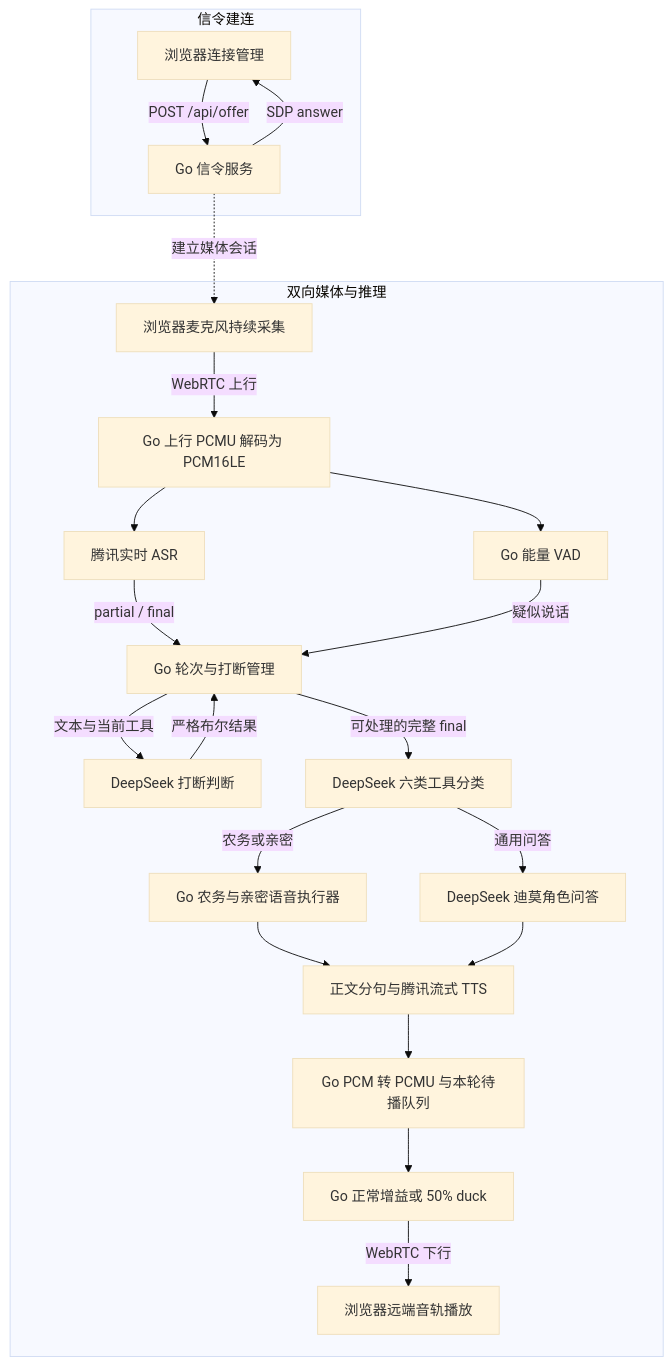
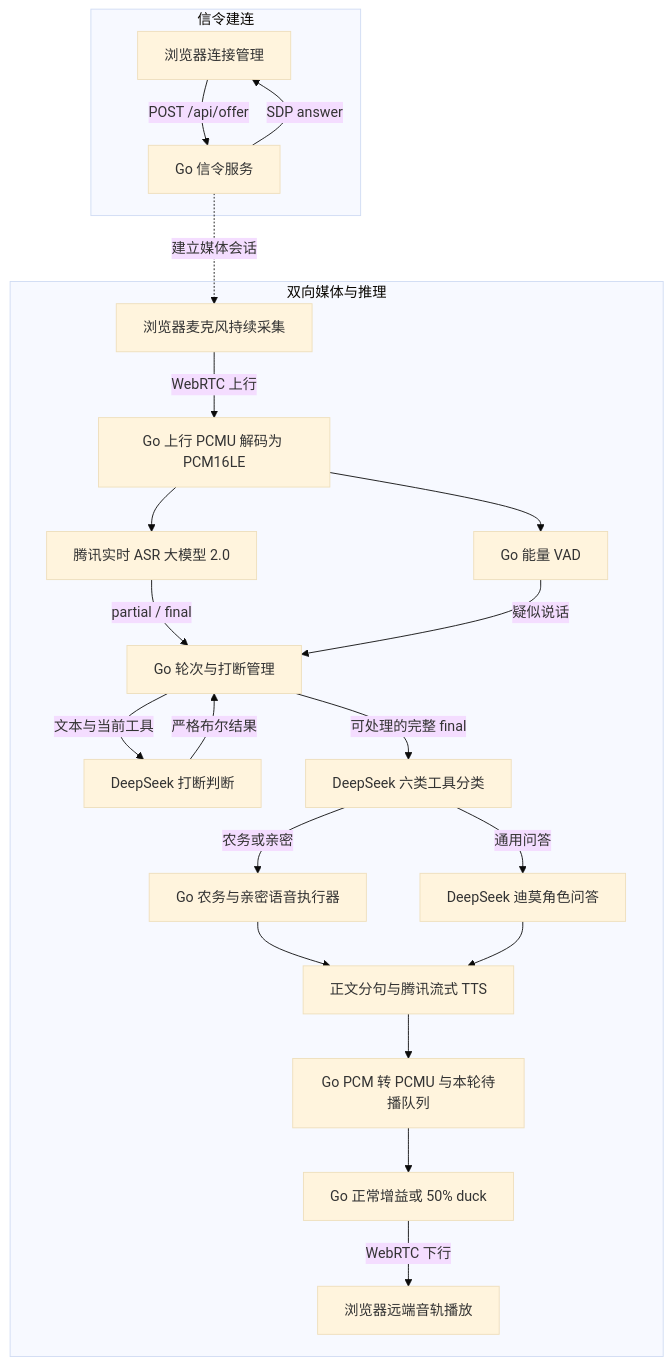
One commit to zjn20021020/WebRTC changed the first of 3 diagrams in docs/架构与状态机说明.md. Above: the diagram before and after it, drawn with Mermaid (base theme). The commit also changed other lines of this file and 16 other files, not shown here.

````diff
--- a/docs/架构与状态机说明.md
+++ b/docs/架构与状态机说明.md
@@ -5,40 +5,40 @@
 ```mermaid
 flowchart TB
   subgraph Setup[信令建连]
     Client[浏览器连接管理]
     Signal[Go 信令服务]
     Client -->|POST /api/offer| Signal
     Signal -->|SDP answer| Client
   end
   Signal -. 建立媒体会话 .-> Mic
   subgraph Conversation[双向媒体与推理]
     Mic[浏览器麦克风持续采集]
     RTP[Go 上行 PCMU 解码为 PCM16LE]
-    ASR[腾讯实时 ASR]
+    ASR[腾讯实时 ASR 大模型 2.0]
     VAD[Go 能量 VAD]
     Manager[Go 轮次与打断管理]
     Intent[DeepSeek 打断判断]
     Action[DeepSeek 六类工具分类]
     Executor[Go 农务与亲密语音执行器]
     LLM[DeepSeek 迪莫角色问答]
     TTS[正文分句与腾讯流式 TTS]
     Queue[Go PCM 转 PCMU 与本轮待播队列]
     Gain[Go 正常增益或 50% duck]
     Speaker[浏览器远端音轨播放]
     Mic -->|WebRTC 上行| RTP
     RTP --> ASR
     RTP --> VAD
     ASR -->|partial / final| Manager
     VAD -->|疑似说话| Manager
     Manager -->|文本与当前工具| Intent
     Intent -->|严格布尔结果| Manager
     Manager -->|可处理的完整 final| Action
     Action -->|农务或亲密| Executor
     Action -->|通用问答| LLM
     Executor --> TTS
     LLM --> TTS
     TTS --> Queue
     Queue --> Gain
     Gain -->|WebRTC 下行| Speaker
   end
 ```
````
